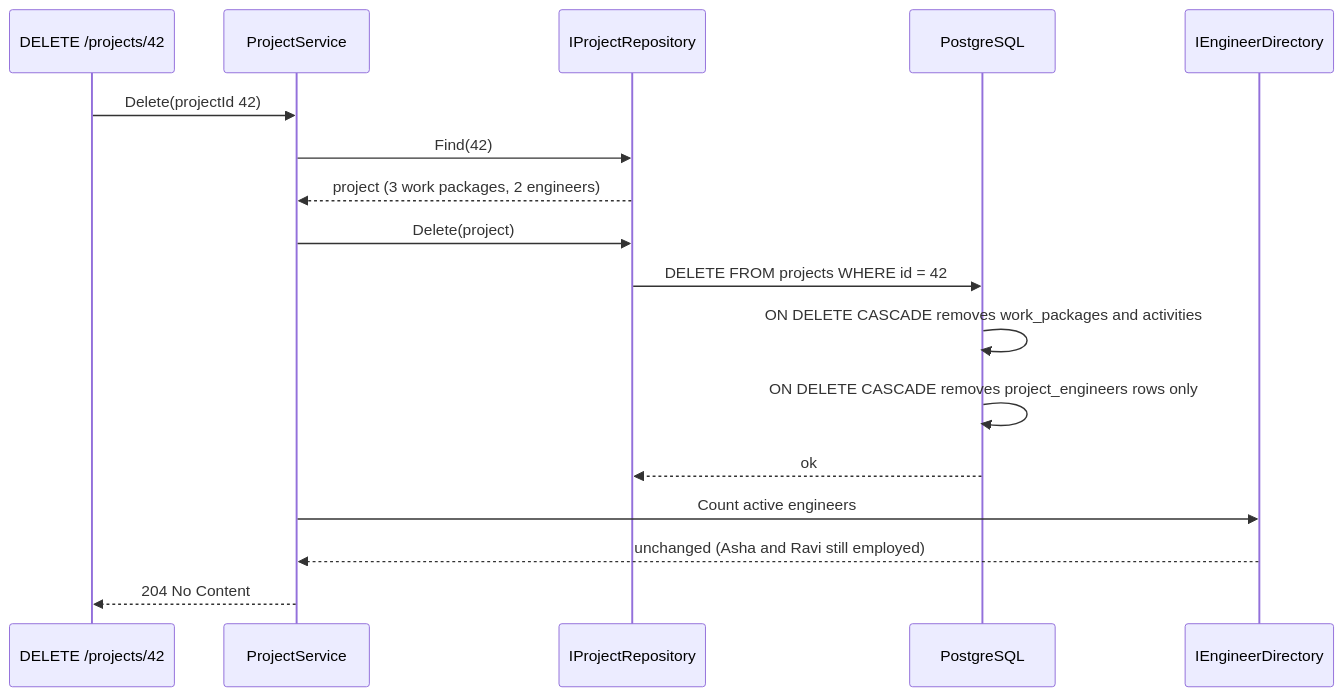
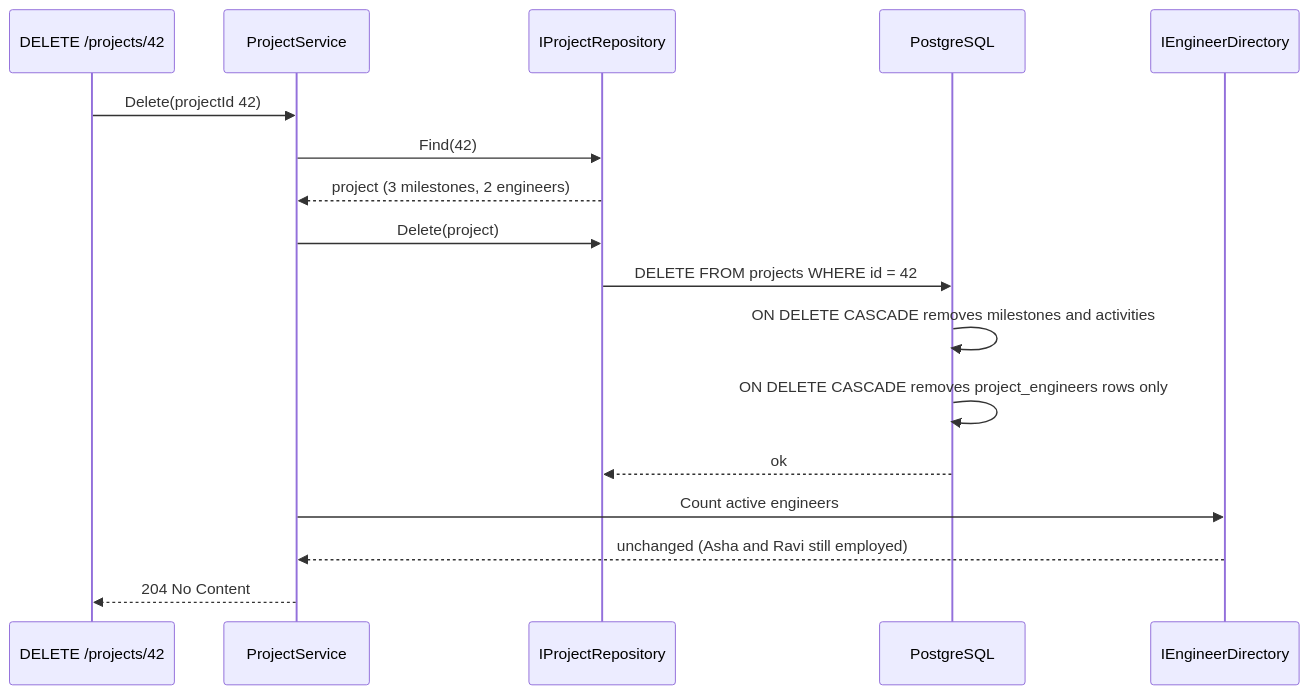
The second of 2 diagrams in content/lessons/m07/m07-association-aggregation-composition.md (rizwi0786/system-design-lab), drawn with Mermaid before and after one commit. The commit also changed other lines of this file and 334 other files, not shown here.

````diff
--- a/content/lessons/m07/m07-association-aggregation-composition.md
+++ b/content/lessons/m07/m07-association-aggregation-composition.md
@@ -217,19 +217,19 @@
 ```mermaid
 sequenceDiagram
     participant Admin as DELETE /projects/42
     participant S as ProjectService
     participant PR as IProjectRepository
     participant DB as PostgreSQL
     participant ED as IEngineerDirectory
     Admin->>S: Delete(projectId 42)
     S->>PR: Find(42)
-    PR-->>S: project (3 work packages, 2 engineers)
+    PR-->>S: project (3 milestones, 2 engineers)
     S->>PR: Delete(project)
     PR->>DB: DELETE FROM projects WHERE id = 42
-    DB->>DB: ON DELETE CASCADE removes work_packages and activities
+    DB->>DB: ON DELETE CASCADE removes milestones and activities
     DB->>DB: ON DELETE CASCADE removes project_engineers rows only
     DB-->>PR: ok
     S->>ED: Count active engineers
     ED-->>S: unchanged (Asha and Ravi still employed)
     S-->>Admin: 204 No Content
 ```
````
